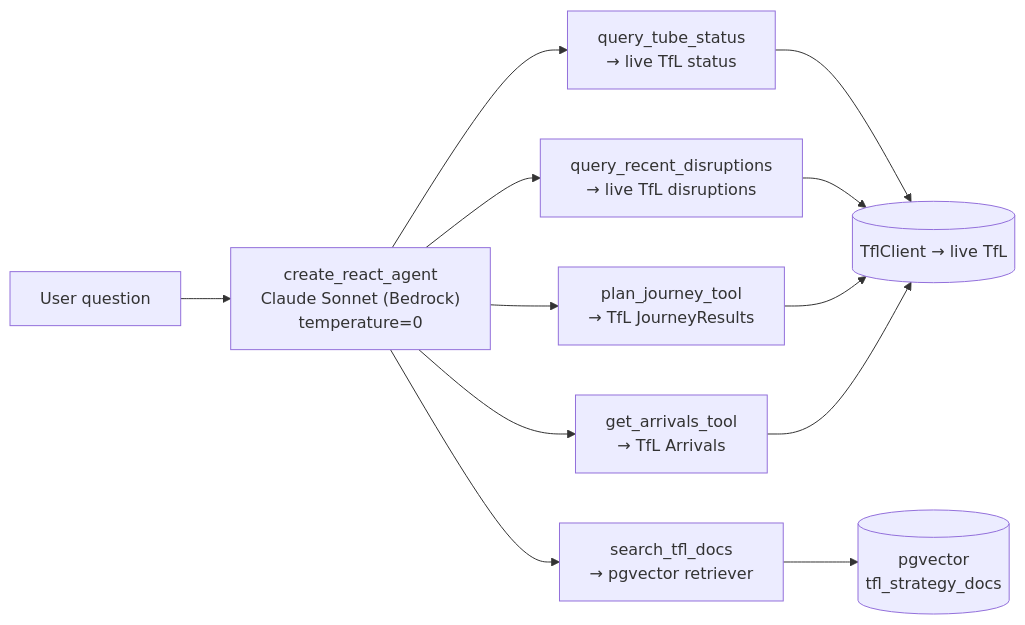
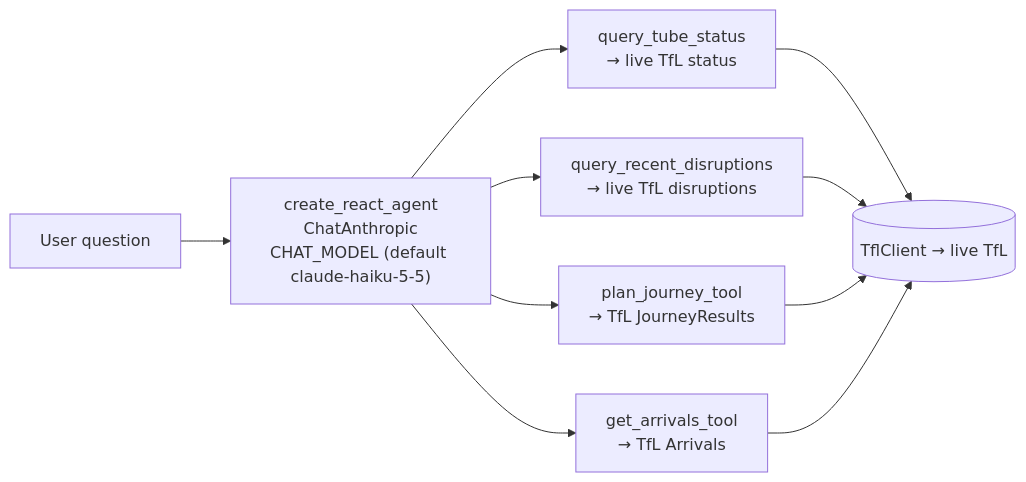
One commit to hcslomeu/tfl-monitor changed the first of 2 diagrams in docs/pipelines/agent.md. Above: the diagram before and after it, drawn with Mermaid. The commit also changed other lines of this file and 140 other files, not shown here.

````diff
--- a/docs/pipelines/agent.md
+++ b/docs/pipelines/agent.md
@@ -23,15 +20,13 @@
 ```mermaid
 graph LR
-    Q[User question] --> AGENT["create_react_agent<br/>Claude Sonnet (Bedrock)<br/>temperature=0"]
+    Q[User question] --> AGENT["create_react_agent<br/>ChatAnthropic<br/>CHAT_MODEL (default claude-haiku-5-5)"]
     AGENT --> T1[query_tube_status<br/>→ live TfL status]
     AGENT --> T2[query_recent_disruptions<br/>→ live TfL disruptions]
     AGENT --> T3[plan_journey_tool<br/>→ TfL JourneyResults]
     AGENT --> T4[get_arrivals_tool<br/>→ TfL Arrivals]
-    AGENT --> T5[search_tfl_docs<br/>→ pgvector retriever]
 
     T1 --> CLIENT[(TflClient → live TfL)]
     T2 --> CLIENT
     T3 --> CLIENT
     T4 --> CLIENT
-    T5 --> VEC[(pgvector<br/>tfl_strategy_docs)]
 ```
````
